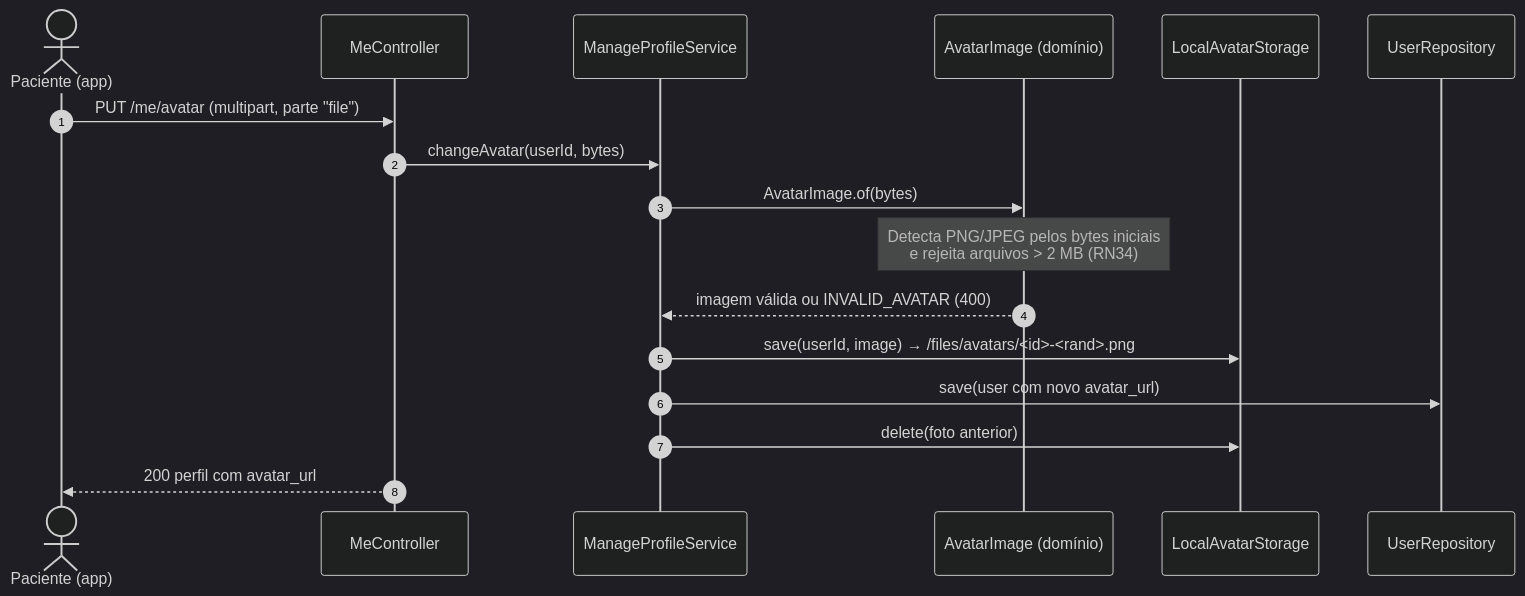
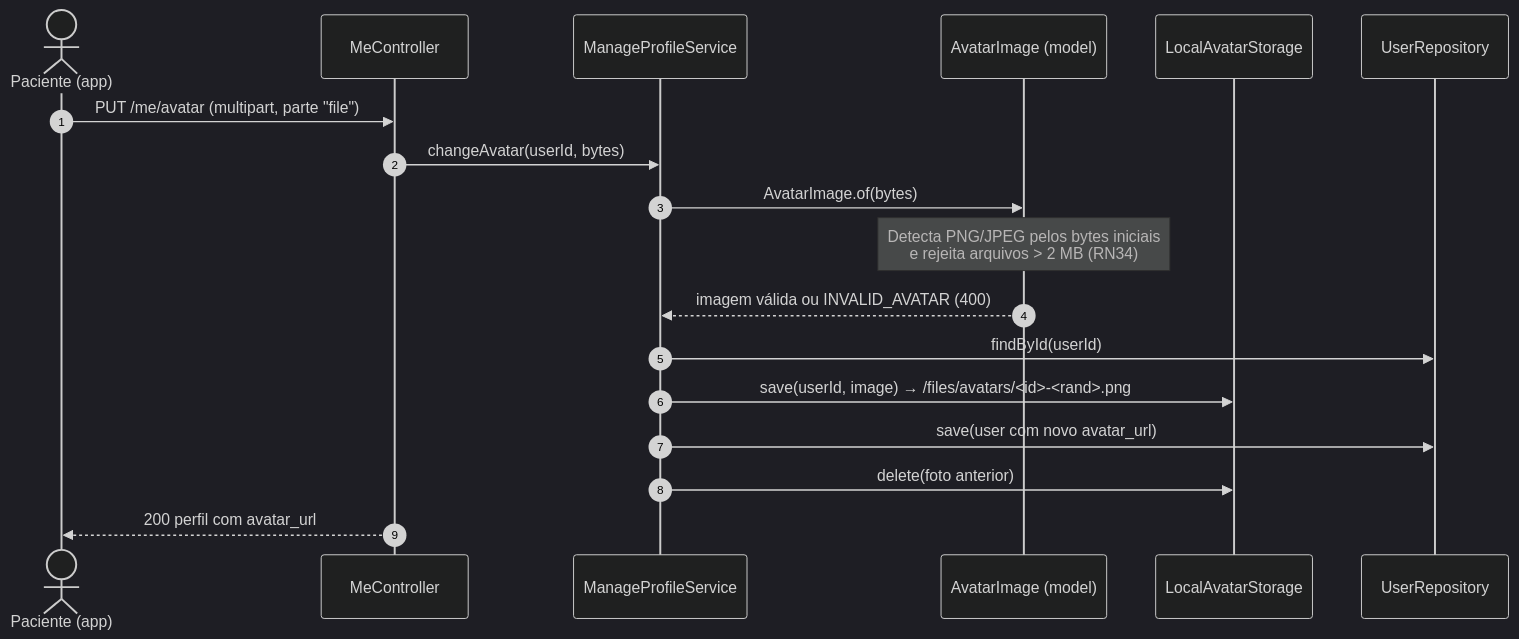
The seventh of 7 diagrams in docs/08-diagramas-de-sequencia.md (MarcioFerreiraL/clinics-backend), drawn with Mermaid (dark theme) before and after one commit. The commit also changed other lines of this file and 1 other file, not shown here.

First line of the commit message:
docs: arquitetura em camadas e diagramas atualizados

````diff
--- a/docs/08-diagramas-de-sequencia.md
+++ b/docs/08-diagramas-de-sequencia.md
@@ -171,20 +182,21 @@
 ```mermaid
 sequenceDiagram
     autonumber
     actor P as Paciente (app)
     participant C as MeController
     participant S as ManageProfileService
-    participant D as AvatarImage (domínio)
+    participant D as AvatarImage (model)
     participant A as LocalAvatarStorage
     participant R as UserRepository
 
     P->>C: PUT /me/avatar (multipart, parte "file")
     C->>S: changeAvatar(userId, bytes)
     S->>D: AvatarImage.of(bytes)
     Note over D: Detecta PNG/JPEG pelos bytes iniciais<br/>e rejeita arquivos > 2 MB (RN34)
     D-->>S: imagem válida ou INVALID_AVATAR (400)
+    S->>R: findById(userId)
     S->>A: save(userId, image) → /files/avatars/<id>-<rand>.png
     S->>R: save(user com novo avatar_url)
     S->>A: delete(foto anterior)
     C-->>P: 200 perfil com avatar_url
 ```
````
